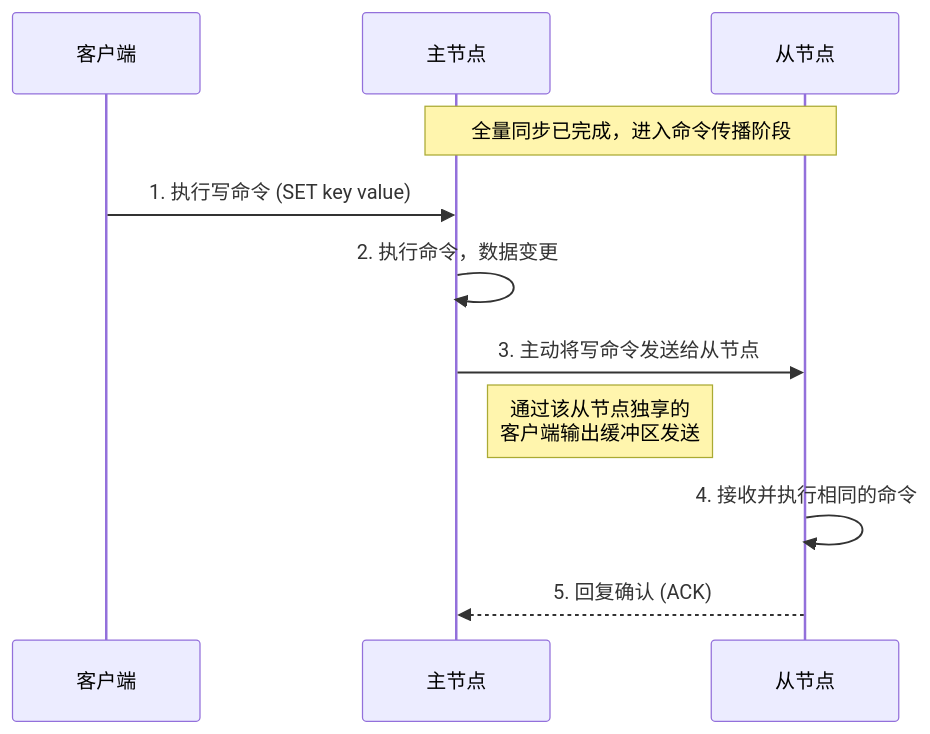
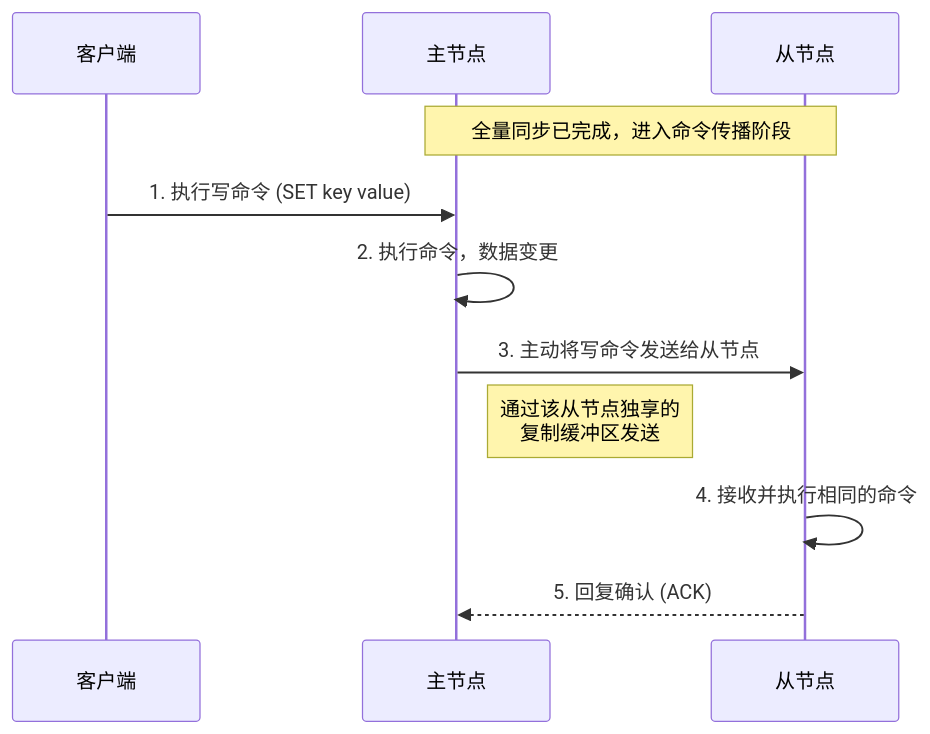
One commit to xicuod/xicuod.github.io changed the diagram in content/general/redis/140-distributed-cache.md. Above: the diagram before and after it, drawn with Mermaid. The commit also changed other lines of this file and 16 other files, not shown here.

````diff
--- a/content/general/redis/140-distributed-cache.md
+++ b/content/general/redis/140-distributed-cache.md
@@ -214,15 +221,15 @@
 ```mermaid
 sequenceDiagram
     participant Client as 客户端
     participant Master as 主节点
     participant Replica as 从节点
 
     Note over Master,Replica: 全量同步已完成，进入命令传播阶段
     
     Client->>Master: 1. 执行写命令 (SET key value)
     Master->>Master: 2. 执行命令，数据变更
     Master->>Replica: 3. 主动将写命令发送给从节点
-    Note right of Master: 通过该从节点独享的<br/>客户端输出缓冲区发送
+    Note right of Master: 通过该从节点独享的<br/>复制缓冲区发送
     Replica->>Replica: 4. 接收并执行相同的命令
     Replica-->>Master: 5. 回复确认 (ACK)
 ```
````
